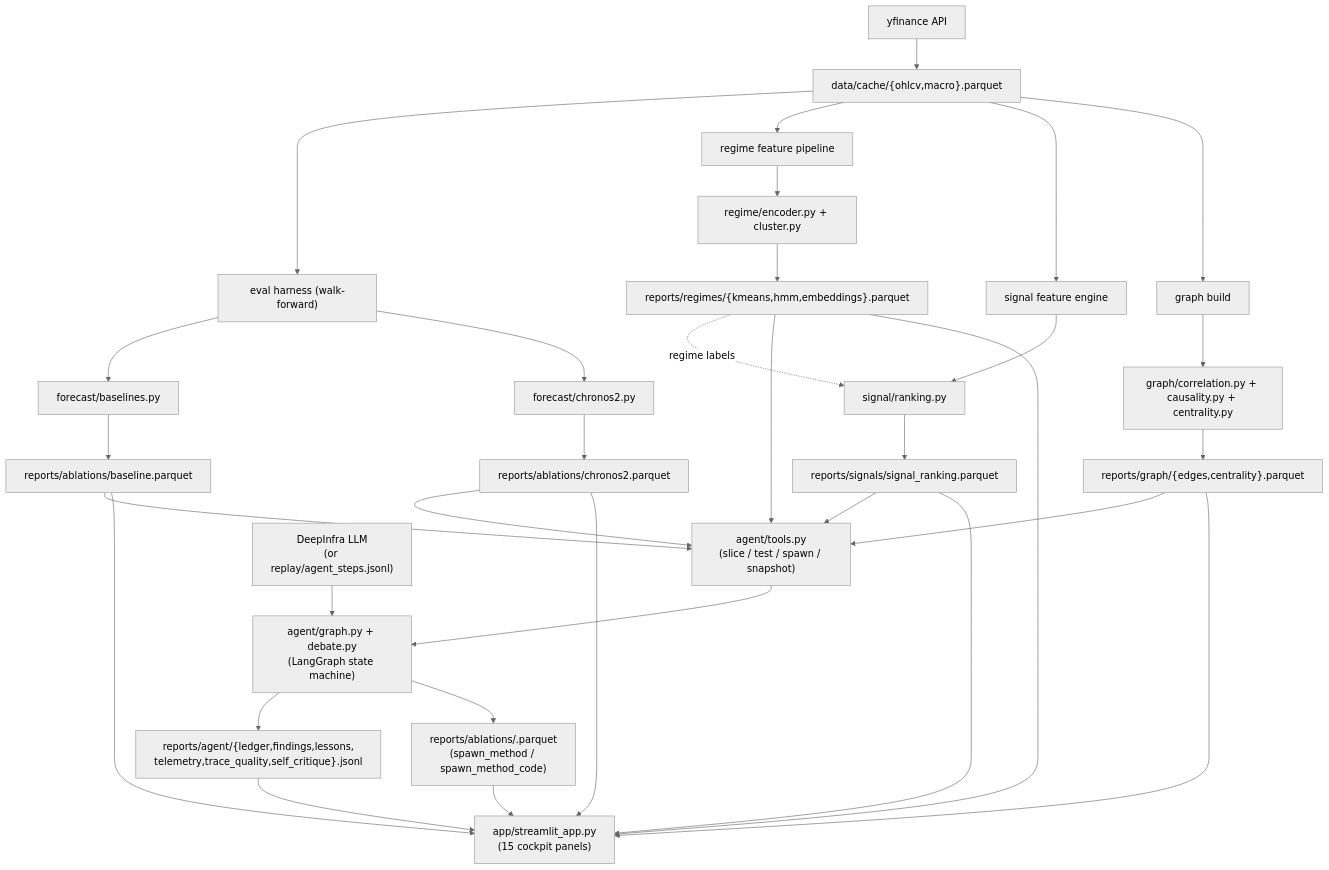
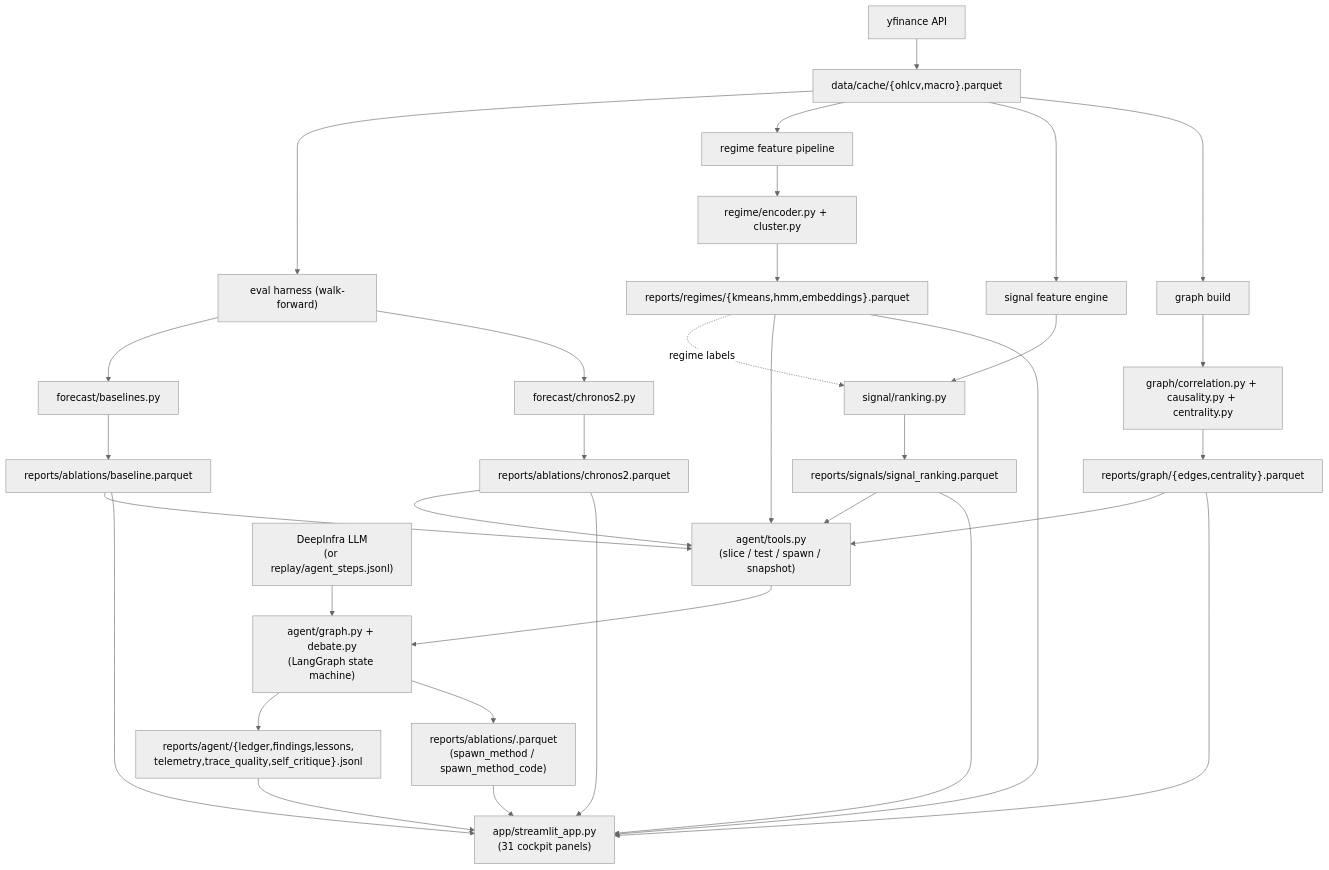
Before and after one commit to Aleksander2a/ai-research: the diagram in docs/ARCHITECTURE.md, drawn with Mermaid (neutral theme). The commit also changed other lines of this file and 53 other files, not shown here.

````diff
--- a/docs/ARCHITECTURE.md
+++ b/docs/ARCHITECTURE.md
@@ -49,42 +49,42 @@
 ```mermaid
 flowchart TD
   YF["yfinance API"] --> DC["data/cache/{ohlcv,macro}.parquet"]
   DC --> EH["eval harness (walk-forward)"]
   DC --> RFP["regime feature pipeline"]
   DC --> SFP["signal feature engine"]
   DC --> GFP["graph build"]
 
   EH --> BL["forecast/baselines.py"]
   EH --> CH["forecast/chronos2.py"]
   BL --> AB["reports/ablations/baseline.parquet"]
   CH --> AB2["reports/ablations/chronos2.parquet"]
 
   RFP --> RE["regime/encoder.py + cluster.py"]
   RE --> RL["reports/regimes/{kmeans,hmm,embeddings}.parquet"]
 
   SFP --> SR["signal/ranking.py"]
   RL -.regime labels.-> SR
   SR --> SS["reports/signals/signal_ranking.parquet"]
 
   GFP --> GLA["graph/correlation.py + causality.py + centrality.py"]
   GLA --> GE["reports/graph/{edges,centrality}.parquet"]
 
   AB --> AG["agent/tools.py<br/>(slice / test / spawn / snapshot)"]
   AB2 --> AG
   RL --> AG
   SS --> AG
   GE --> AG
 
   AG --> SM["agent/graph.py + debate.py<br/>(LangGraph state machine)"]
   LLM["DeepInfra LLM<br/>(or replay/agent_steps.jsonl)"] --> SM
   SM --> AGW["reports/agent/{ledger,findings,lessons,<br/>telemetry,trace_quality,self_critique}.jsonl"]
   SM --> AGENB["reports/ablations/<agent-authored>.parquet<br/>(spawn_method / spawn_method_code)"]
 
-  AB --> CK["app/streamlit_app.py<br/>(15 cockpit panels)"]
+  AB --> CK["app/streamlit_app.py<br/>(31 cockpit panels)"]
   AB2 --> CK
   RL --> CK
   SS --> CK
   GE --> CK
   AGW --> CK
   AGENB --> CK
 ```
````
